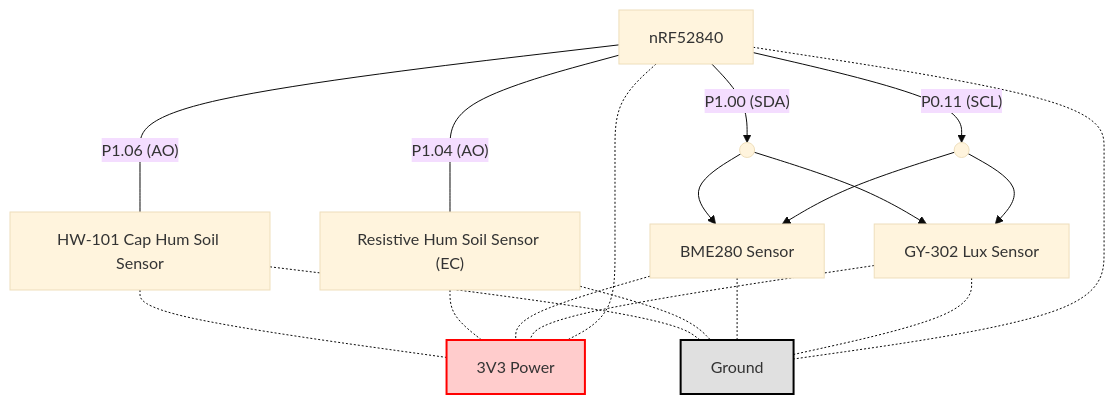
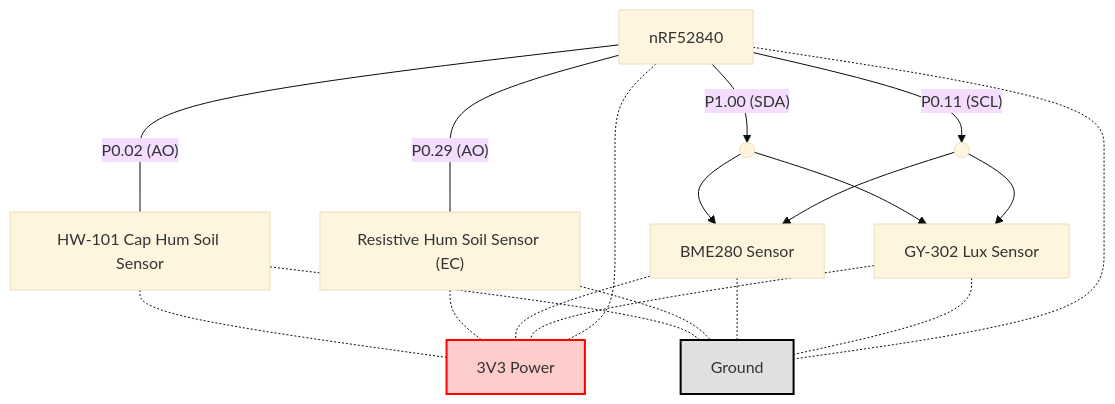
Before and after one commit to EdenSync/sensor-hardware: the diagram in docs/MVP_SETUP.md, drawn with Mermaid (base theme). The commit also changed other lines of this file, not shown here.

Commit message:
change to analog inputs

````diff
--- a/docs/MVP_SETUP.md
+++ b/docs/MVP_SETUP.md
@@ -29,36 +29,36 @@
 ```mermaid
 flowchart TD
     NRF[nRF52840]
     HW_101[HW-101 Cap Hum Soil Sensor]
     RHS["Resistive Hum Soil Sensor (EC)"]
     BME280[BME280 Sensor]
     GY302[GY-302 Lux Sensor]
     SDA_SPLIT(( ))
     SCL_SPLIT(( ))
     PWR33[3V3 Power]
     GND[Ground]
 
-    NRF -- P1.06 (AO) --- HW_101
-    NRF -- P1.04 (AO) --- RHS
+    NRF -- P0.02 (AO) --- HW_101
+    NRF -- P0.29 (AO) --- RHS
     NRF -- P1.00 (SDA) --> SDA_SPLIT
     SDA_SPLIT --> BME280
     SDA_SPLIT --> GY302
     NRF -- P0.11 (SCL) --> SCL_SPLIT
     SCL_SPLIT --> BME280
     SCL_SPLIT --> GY302
 
     HW_101 -.- PWR33
     RHS -.- PWR33
     BME280 -.- PWR33
     GY302 -.- PWR33
     NRF -.- PWR33
     
     HW_101 -.- GND
     RHS -.- GND
     BME280 -.- GND
     GY302 -.- GND
     NRF -.- GND
 
     style PWR33 fill:#ffcccc,stroke:#ff0000,stroke-width:2px
     style GND fill:#e0e0e0,stroke:#000000,stroke-width:2px
 ```
````
